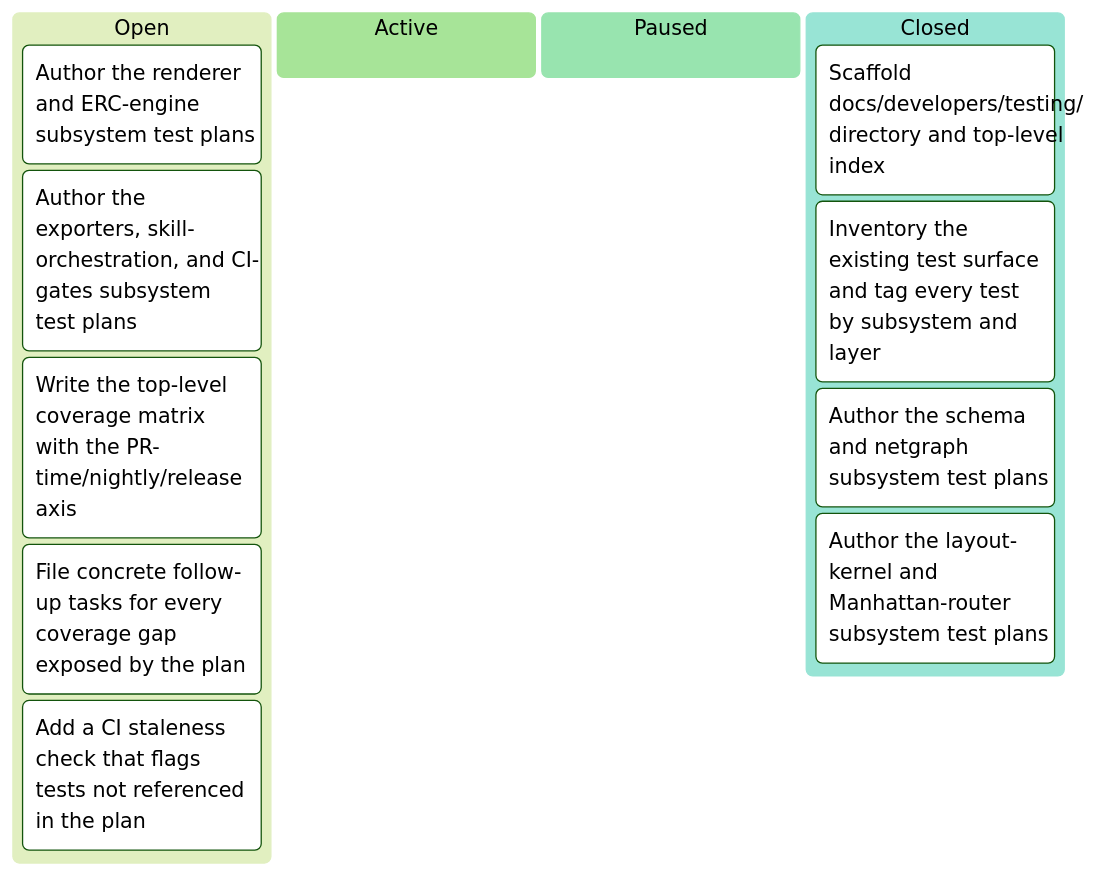
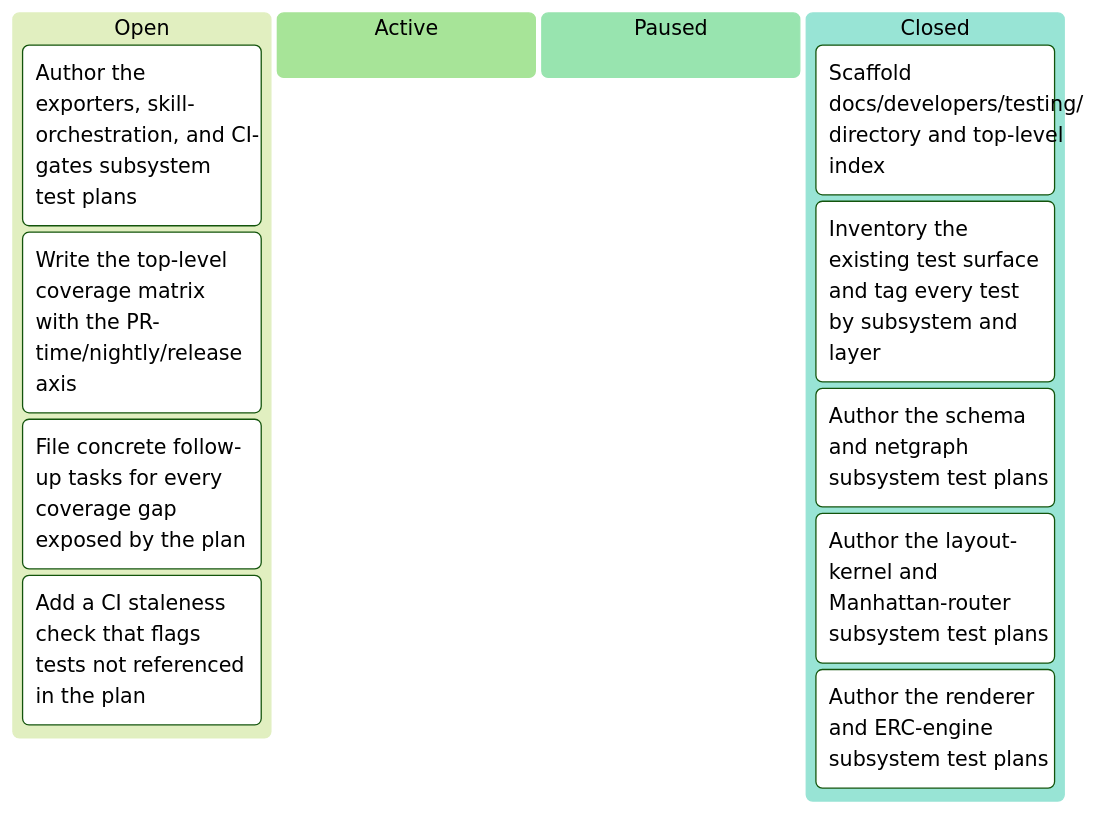
The third of 3 diagrams in docs/developers/tasks/KANBAN.md (tgd1975/CircuitSmith), drawn with Mermaid (forest theme) before and after one commit. The commit also changed other lines of this file and 6 other files, not shown here.

First line of the commit message:
close TASK-087: author the renderer and ERC-engine subsystem test plans

````diff
--- a/docs/developers/tasks/KANBAN.md
+++ b/docs/developers/tasks/KANBAN.md
@@ -53,16 +53,16 @@
 ```mermaid
 kanban
   Open
-    TASK_087["Author the renderer and ERC-engine subsystem test plans"]
     TASK_088["Author the exporters, skill-orchestration, and CI-gates subsystem test plans"]
     TASK_089["Write the top-level coverage matrix with the PR-time/nightly/release axis"]
     TASK_090["File concrete follow-up tasks for every coverage gap exposed by the plan"]
     TASK_091["Add a CI staleness check that flags tests not referenced in the plan"]
   Active
   Paused
   Closed
     TASK_083["Scaffold docs/developers/testing/ directory and top-level index"]
     TASK_084["Inventory the existing test surface and tag every test by subsystem and layer"]
     TASK_085["Author the schema and netgraph subsystem test plans"]
     TASK_086["Author the layout-kernel and Manhattan-router subsystem test plans"]
+    TASK_087["Author the renderer and ERC-engine subsystem test plans"]
 ```
````
